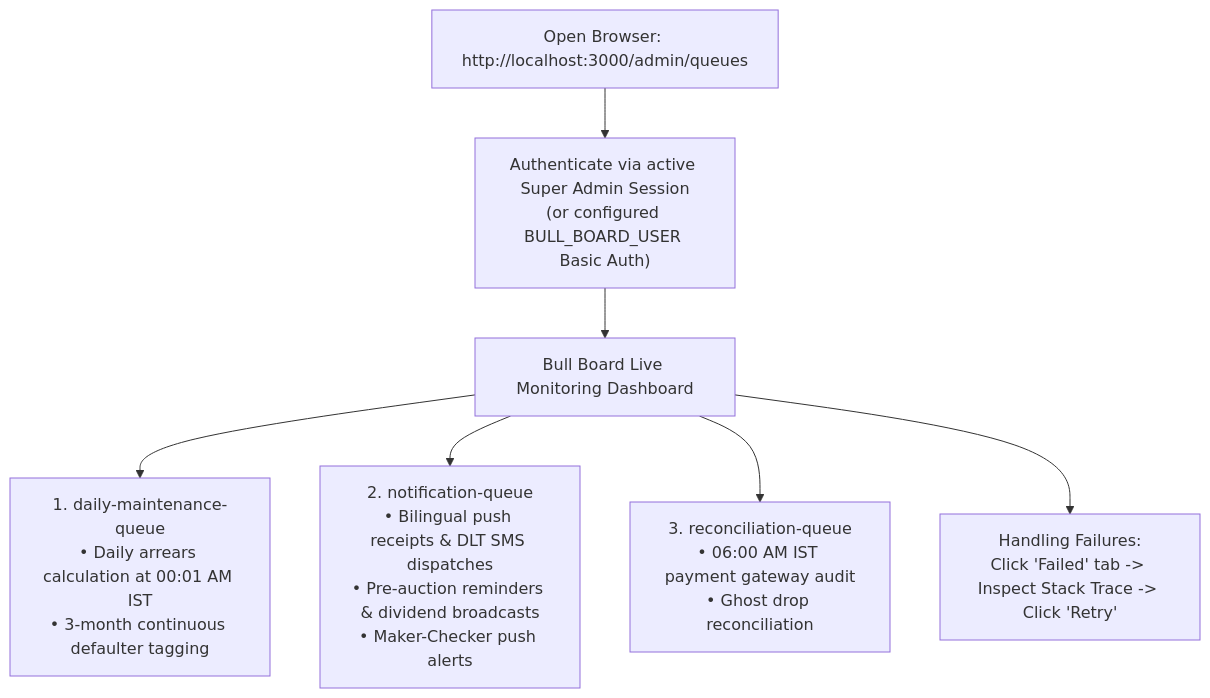
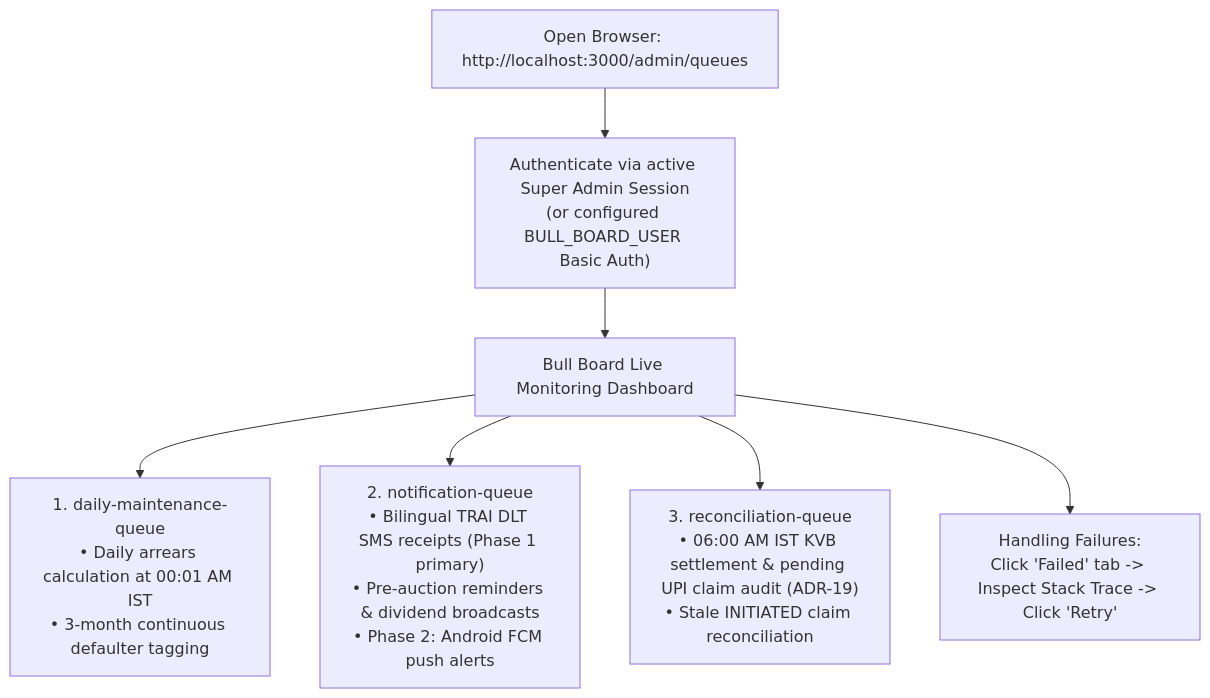
Before and after one commit to Kathir-24/Kumaran-finance: diagram 14 of 15 in docs/07-operations/user-manuals/admin-foreman-manual.md, drawn with Mermaid. The commit also changed other lines of this file and 4 other files, not shown here.

````diff
--- a/docs/07-operations/user-manuals/admin-foreman-manual.md
+++ b/docs/07-operations/user-manuals/admin-foreman-manual.md
@@ -371,9 +376,9 @@
 ```mermaid
 flowchart TD
     Browser["Open Browser: http://localhost:3000/admin/queues"] --> Auth["Authenticate via active Super Admin Session\n(or configured BULL_BOARD_USER Basic Auth)"]
     Auth --> Board["Bull Board Live Monitoring Dashboard"]
     Board --> Q1["1. daily-maintenance-queue\n• Daily arrears calculation at 00:01 AM IST\n• 3-month continuous defaulter tagging"]
-    Board --> Q2["2. notification-queue\n• Bilingual push receipts & DLT SMS dispatches\n• Pre-auction reminders & dividend broadcasts\n• Maker-Checker push alerts"]
-    Board --> Q3["3. reconciliation-queue\n• 06:00 AM IST payment gateway audit\n• Ghost drop reconciliation"]
+    Board --> Q2["2. notification-queue\n• Bilingual TRAI DLT SMS receipts (Phase 1 primary)\n• Pre-auction reminders & dividend broadcasts\n• Phase 2: Android FCM push alerts"]
+    Board --> Q3["3. reconciliation-queue\n• 06:00 AM IST KVB settlement & pending UPI claim audit (ADR-19)\n• Stale INITIATED claim reconciliation"]
     Board --> Fail["Handling Failures:\nClick 'Failed' tab -> Inspect Stack Trace -> Click 'Retry'"]
 ```
````
